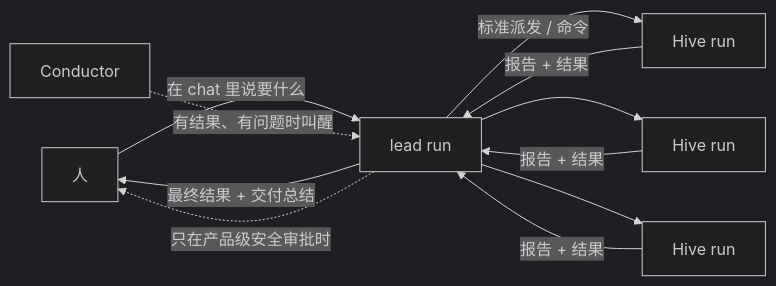
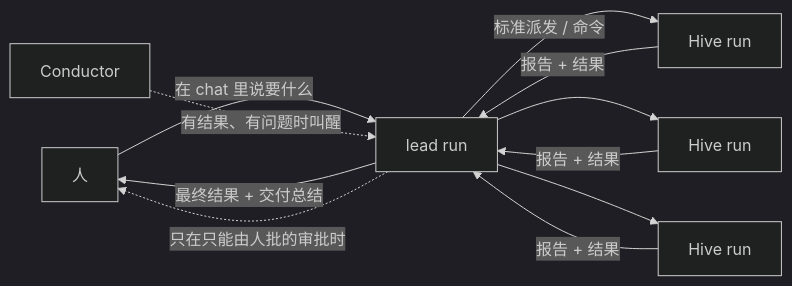
One commit to xg-gh-25/SwarmAI changed the first of 2 diagrams in docs/design/2026-10-31-swarm-run.md. Above: the diagram before and after it, drawn with Mermaid (dark theme). The commit also changed other lines of this file and 1 other file, not shown here.

````diff
--- a/docs/design/2026-10-31-swarm-run.md
+++ b/docs/design/2026-10-31-swarm-run.md
@@ -113,11 +115,11 @@
 ```mermaid
 flowchart LR
   P[人] -->|在 chat 里说要什么| L[lead run]
   L -->|最终结果 + 交付总结| P
   L -->|标准派发 / 命令| H1[Hive run]
   L --> H2[Hive run]
   L --> H3[Hive run]
   H1 & H2 & H3 -->|报告 + 结果| L
   W[Conductor] -.->|有结果、有问题时叫醒| L
-  L -.->|只在产品级安全审批时| P
+  L -.->|只在只能由人批的审批时| P
 ```
````
